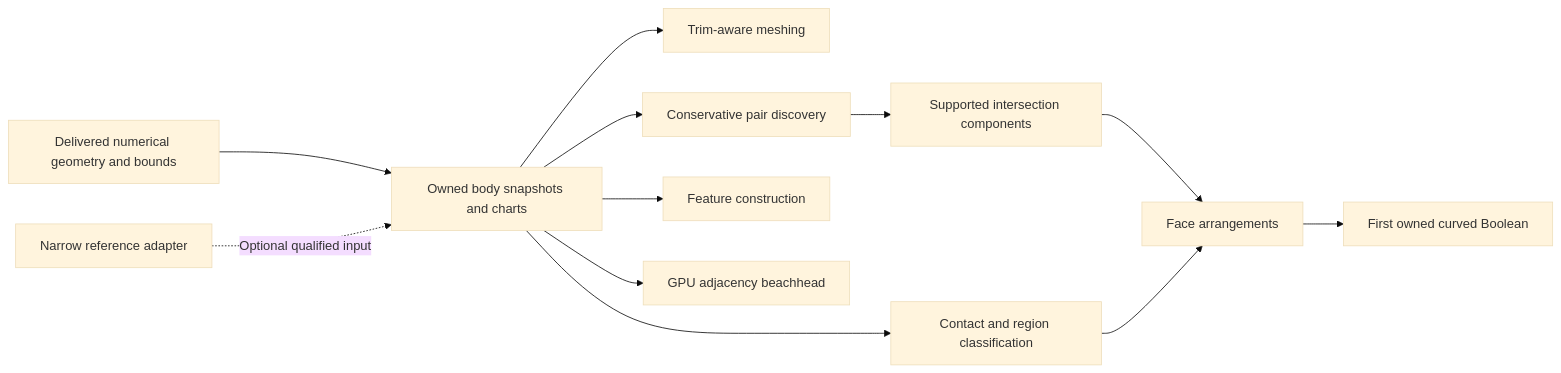
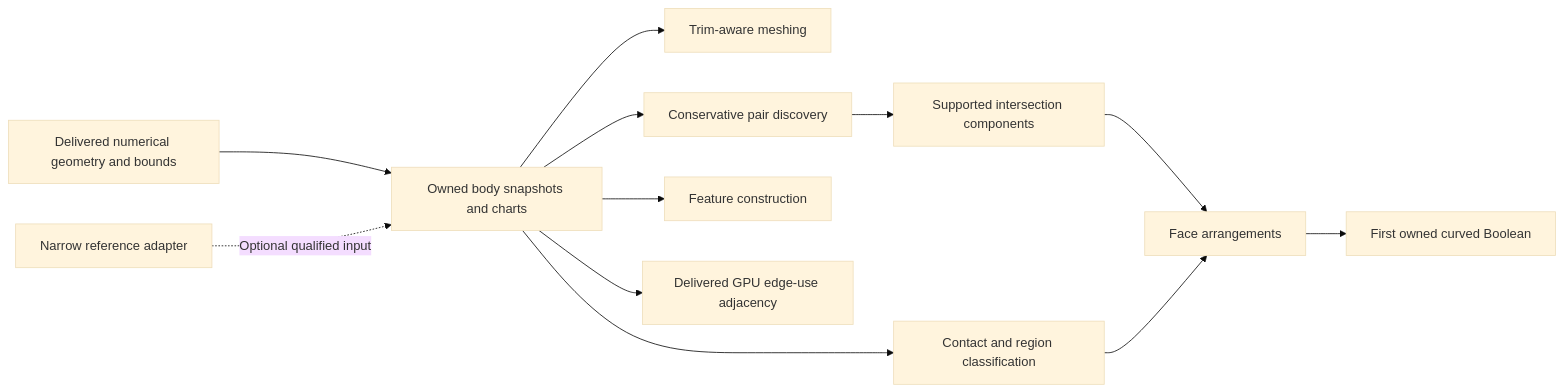
The diagram in docs/ACCELERATION_ROADMAP.md (antimeme-ai/BRepGPU), drawn with Mermaid (base theme) before and after one commit. The commit also changed other lines of this file and 146 other files, not shown here.

Commit message:
Publish million-use CPU/P100 topology costs, seam graphics and round-two notes

````diff
--- a/docs/ACCELERATION_ROADMAP.md
+++ b/docs/ACCELERATION_ROADMAP.md
@@ -112,14 +118,14 @@
 ```mermaid
 flowchart LR
     N[Delivered numerical geometry and bounds] --> B[Owned body snapshots and charts]
     B --> M[Trim-aware meshing]
     B --> P[Conservative pair discovery]
     B --> F[Feature construction]
     B --> C[Contact and region classification]
     R[Narrow reference adapter] -. Optional qualified input .-> B
     P --> I[Supported intersection components]
     I --> A[Face arrangements]
     C --> A
     A --> S[First owned curved Boolean]
-    B --> G[GPU adjacency beachhead]
+    B --> G[Delivered GPU edge-use adjacency]
 ```
````
